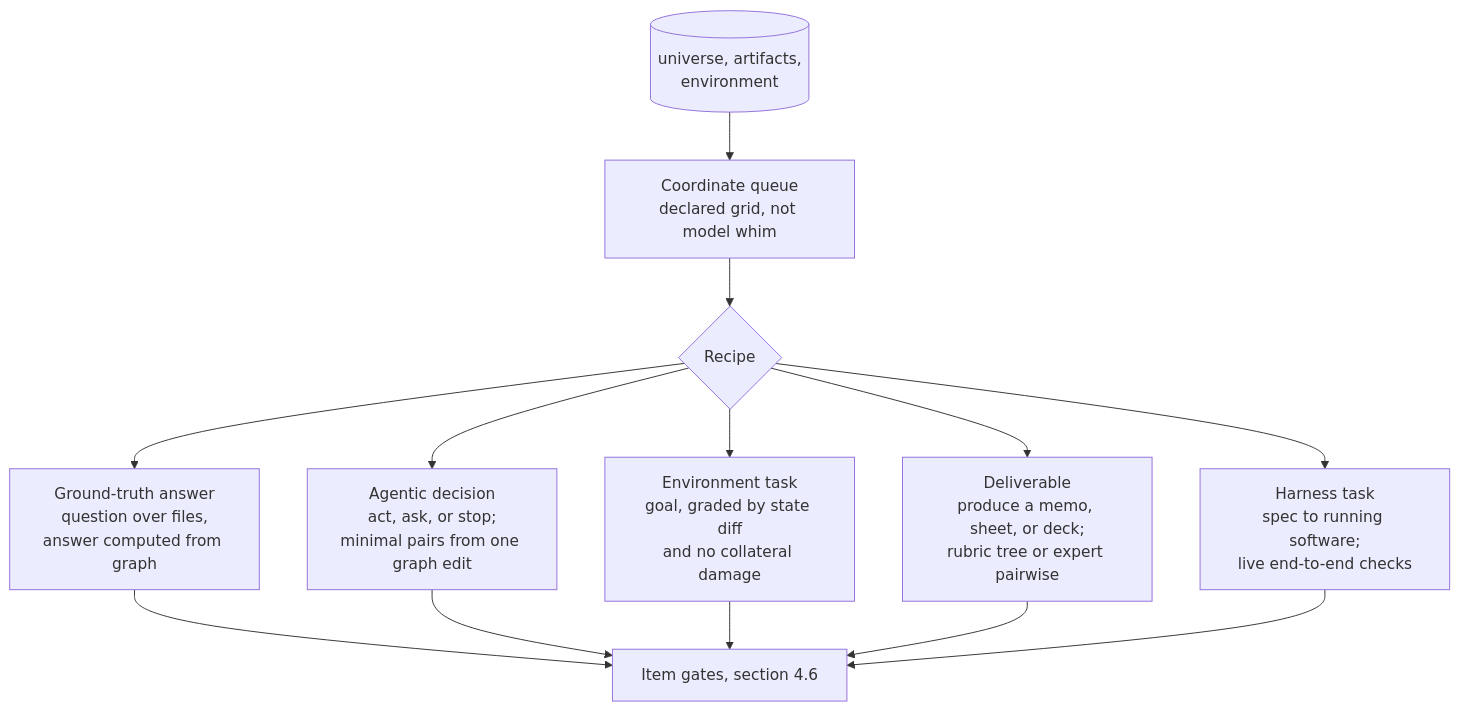
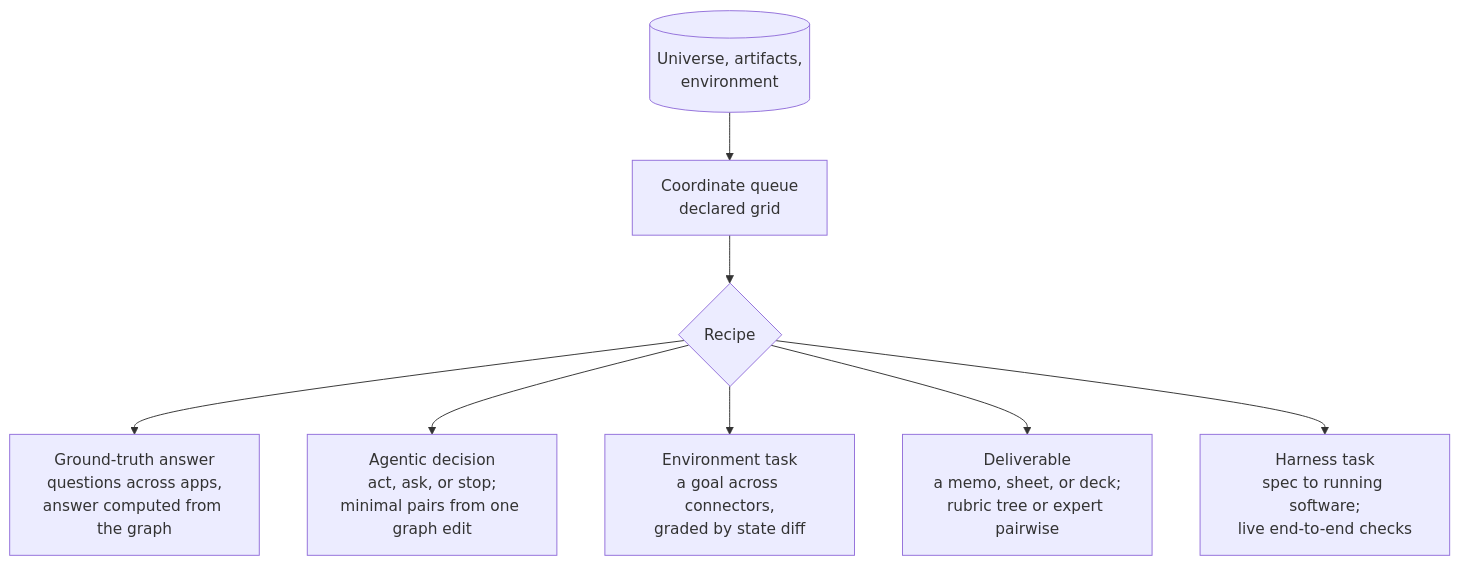
The eighth of 17 diagrams in README.md (nbdesai1992/orbifex), drawn with Mermaid before and after one commit. The commit also changed other lines of this file, not shown here.

````diff
--- a/README.md
+++ b/README.md
@@ -239,11 +323,10 @@
 ```mermaid
 flowchart TD
-  W[("universe, artifacts,<br/>environment")] --> Q["Coordinate queue<br/>declared grid, not model whim"]
+  W[("Universe, artifacts,<br/>environment")] --> Q["Coordinate queue<br/>declared grid"]
   Q --> RC{"Recipe"}
-  RC --> R1["Ground-truth answer<br/>question over files,<br/>answer computed from graph"]
+  RC --> R1["Ground-truth answer<br/>questions across apps,<br/>answer computed from the graph"]
   RC --> R2["Agentic decision<br/>act, ask, or stop;<br/>minimal pairs from one graph edit"]
-  RC --> R3["Environment task<br/>goal, graded by state diff<br/>and no collateral damage"]
-  RC --> R4["Deliverable<br/>produce a memo, sheet, or deck;<br/>rubric tree or expert pairwise"]
+  RC --> R3["Environment task<br/>a goal across connectors,<br/>graded by state diff"]
+  RC --> R4["Deliverable<br/>a memo, sheet, or deck;<br/>rubric tree or expert pairwise"]
   RC --> R5["Harness task<br/>spec to running software;<br/>live end-to-end checks"]
-  R1 & R2 & R3 & R4 & R5 --> GATE["Item gates, section 4.6"]
 ```
````
